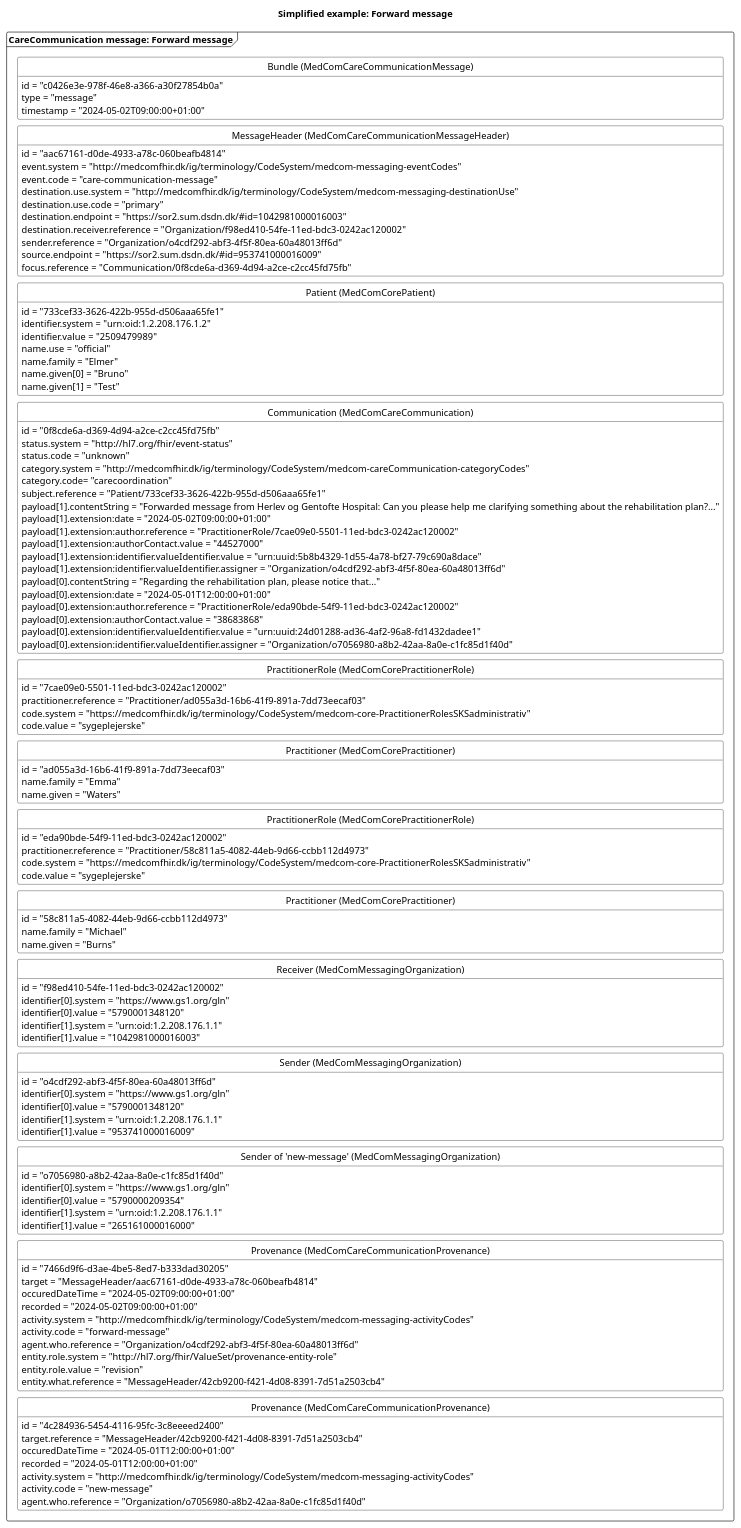
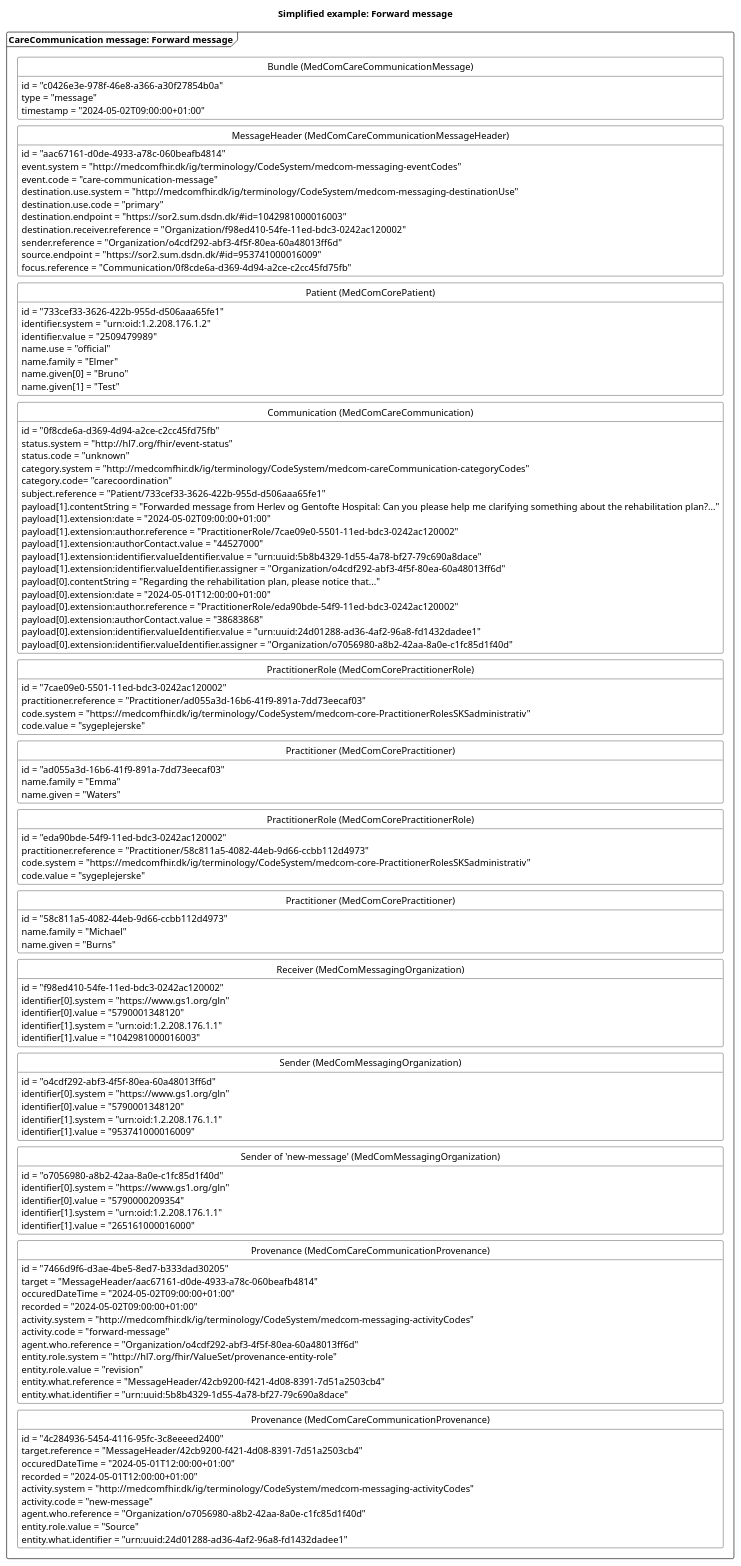
The diagram in puml/CareCommunicationForwardMessage.puml (medcomdk/dk-medcom-carecommunication), drawn with PlantUML before and after one commit. The commit also changed 21 other files, not shown here.

```diff
--- a/puml/CareCommunicationForwardMessage.puml
+++ b/puml/CareCommunicationForwardMessage.puml
@@ -1,145 +1,148 @@
 @startuml CCForwardMessage2
 
 'layout
 skinparam class {
     BackgroundColor White
     BorderColor Black
     ArrowColor Black
   }
 hide circle
 hide empty members
 skinparam SameClassWidth true
 skinparam Ranksep 10
 
 
 'title
 title Simplified example: Forward message
 
 'Message 1: Forward message
 package "CareCommunication message: Forward message" as forward <<Frame>>{
     class "Bundle (MedComCareCommunicationMessage)" as forwardB {
         id = "c0426e3e-978f-46e8-a366-a30f27854b0a"
         type = "message"
         timestamp = "2024-05-02T09:00:00+01:00"
     }
     class "MessageHeader (MedComCareCommunicationMessageHeader)" as forwardMH{
         id = "aac67161-d0de-4933-a78c-060beafb4814"
         event.system = "http://medcomfhir.dk/ig/terminology/CodeSystem/medcom-messaging-eventCodes"
         event.code = "care-communication-message"
         destination.use.system = "http://medcomfhir.dk/ig/terminology/CodeSystem/medcom-messaging-destinationUse"
         destination.use.code = "primary"
         destination.endpoint = "https://sor2.sum.dsdn.dk/#id=1042981000016003"
         destination.receiver.reference = "Organization/f98ed410-54fe-11ed-bdc3-0242ac120002"
         sender.reference = "Organization/o4cdf292-abf3-4f5f-80ea-60a48013ff6d"
         source.endpoint = "https://sor2.sum.dsdn.dk/#id=953741000016009"
         focus.reference = "Communication/0f8cde6a-d369-4d94-a2ce-c2cc45fd75fb"
     }
     class "Patient (MedComCorePatient)" as forwardPT{
         id = "733cef33-3626-422b-955d-d506aaa65fe1"
         identifier.system = "urn:oid:1.2.208.176.1.2"
         identifier.value = "2509479989"
         name.use = "official"
         name.family = "Elmer"
         name.given[0] = "Bruno"
         name.given[1] = "Test"
     }
     class "Communication (MedComCareCommunication)" as forwardCom{
         id = "0f8cde6a-d369-4d94-a2ce-c2cc45fd75fb"
         status.system = "http://hl7.org/fhir/event-status" 
         status.code = "unknown"
         category.system = "http://medcomfhir.dk/ig/terminology/CodeSystem/medcom-careCommunication-categoryCodes"
         category.code= "carecoordination"
         subject.reference = "Patient/733cef33-3626-422b-955d-d506aaa65fe1"
         payload[1].contentString = "Forwarded message from Herlev og Gentofte Hospital: Can you please help me clarifying something about the rehabilitation plan?..."
         payload[1].extension:date = "2024-05-02T09:00:00+01:00"
         payload[1].extension:author.reference = "PractitionerRole/7cae09e0-5501-11ed-bdc3-0242ac120002"
         payload[1].extension:authorContact.value = "44527000"
         payload[1].extension:identifier.valueIdentifier.value = "urn:uuid:5b8b4329-1d55-4a78-bf27-79c690a8dace"
         payload[1].extension:identifier.valueIdentifier.assigner = "Organization/o4cdf292-abf3-4f5f-80ea-60a48013ff6d"
         payload[0].contentString = "Regarding the rehabilitation plan, please notice that..."
         payload[0].extension:date = "2024-05-01T12:00:00+01:00"
         payload[0].extension:author.reference = "PractitionerRole/eda90bde-54f9-11ed-bdc3-0242ac120002"
         payload[0].extension:authorContact.value = "38683868"
         payload[0].extension:identifier.valueIdentifier.value = "urn:uuid:24d01288-ad36-4af2-96a8-fd1432dadee1"
         payload[0].extension:identifier.valueIdentifier.assigner = "Organization/o7056980-a8b2-42aa-8a0e-c1fc85d1f40d"
     }
     class "PractitionerRole (MedComCorePractitionerRole)" as forwardPracR{
         id = "7cae09e0-5501-11ed-bdc3-0242ac120002"
         practitioner.reference = "Practitioner/ad055a3d-16b6-41f9-891a-7dd73eecaf03"
         code.system = "https://medcomfhir.dk/ig/terminology/CodeSystem/medcom-core-PractitionerRolesSKSadministrativ"
         code.value = "sygeplejerske"
     }
     class "Practitioner (MedComCorePractitioner)" as forwardPrac{
         id = "ad055a3d-16b6-41f9-891a-7dd73eecaf03"
         name.family = "Emma"
         name.given = "Waters"
     }
     class "PractitionerRole (MedComCorePractitionerRole)" as newPracR{
         id = "eda90bde-54f9-11ed-bdc3-0242ac120002"
         practitioner.reference = "Practitioner/58c811a5-4082-44eb-9d66-ccbb112d4973"
         code.system = "https://medcomfhir.dk/ig/terminology/CodeSystem/medcom-core-PractitionerRolesSKSadministrativ"
         code.value = "sygeplejerske"
     }
     class "Practitioner (MedComCorePractitioner)" as newPrac{
         id = "58c811a5-4082-44eb-9d66-ccbb112d4973"
         name.family = "Michael"
         name.given = "Burns"
     }
     class "Receiver (MedComMessagingOrganization)" as forwardROrg{
         id = "f98ed410-54fe-11ed-bdc3-0242ac120002"
         identifier[0].system = "https://www.gs1.org/gln"
         identifier[0].value = "5790001348120"
         identifier[1].system = "urn:oid:1.2.208.176.1.1"
         identifier[1].value = "1042981000016003"
     }
     class "Sender (MedComMessagingOrganization)" as forwardSOrg{
         id = "o4cdf292-abf3-4f5f-80ea-60a48013ff6d"
         identifier[0].system = "https://www.gs1.org/gln"
         identifier[0].value = "5790001348120"
         identifier[1].system = "urn:oid:1.2.208.176.1.1"
         identifier[1].value = "953741000016009"
     }
     class "Sender of 'new-message' (MedComMessagingOrganization)" as senderOrg{
         id = "o7056980-a8b2-42aa-8a0e-c1fc85d1f40d"
         identifier[0].system = "https://www.gs1.org/gln"
         identifier[0].value = "5790000209354"
         identifier[1].system = "urn:oid:1.2.208.176.1.1"
         identifier[1].value = "265161000016000"
     }
     class "Provenance (MedComCareCommunicationProvenance)" as forwardPRO{
         id = "7466d9f6-d3ae-4be5-8ed7-b333dad30205"
         target = "MessageHeader/aac67161-d0de-4933-a78c-060beafb4814"
         occuredDateTime = "2024-05-02T09:00:00+01:00"
         recorded = "2024-05-02T09:00:00+01:00"
         activity.system = "http://medcomfhir.dk/ig/terminology/CodeSystem/medcom-messaging-activityCodes"
         activity.code = "forward-message"
         agent.who.reference = "Organization/o4cdf292-abf3-4f5f-80ea-60a48013ff6d"
         entity.role.system = "http://hl7.org/fhir/ValueSet/provenance-entity-role"
         entity.role.value = "revision"
         entity.what.reference = "MessageHeader/42cb9200-f421-4d08-8391-7d51a2503cb4"
+        entity.what.identifier = "urn:uuid:5b8b4329-1d55-4a78-bf27-79c690a8dace"
     }
     class "Provenance (MedComCareCommunicationProvenance)" as newPRO{
         id = "4c284936-5454-4116-95fc-3c8eeeed2400"
         target.reference = "MessageHeader/42cb9200-f421-4d08-8391-7d51a2503cb4"
         occuredDateTime = "2024-05-01T12:00:00+01:00"
         recorded = "2024-05-01T12:00:00+01:00"
         activity.system = "http://medcomfhir.dk/ig/terminology/CodeSystem/medcom-messaging-activityCodes"
         activity.code = "new-message"
         agent.who.reference = "Organization/o7056980-a8b2-42aa-8a0e-c1fc85d1f40d"
+        entity.role.value = "Source"
+        entity.what.identifier = "urn:uuid:24d01288-ad36-4af2-96a8-fd1432dadee1"
     }
 
 forwardB -[hidden]- forwardMH
 forwardMH -[hidden]-forwardPT
 forwardPT-[hidden]-forwardCom
 forwardCom -[hidden]-forwardPracR
 forwardPracR-[hidden]-forwardPrac
 forwardPrac-[hidden]-newPracR
 newPracR-[hidden]-newPrac
 newPrac-[hidden]-forwardROrg
 forwardROrg-[hidden]- forwardSOrg
 forwardSOrg-[hidden]-senderOrg
 senderOrg-[hidden]-forwardPRO
 forwardPRO-[hidden]-newPRO
 
 
 @enduml
```
